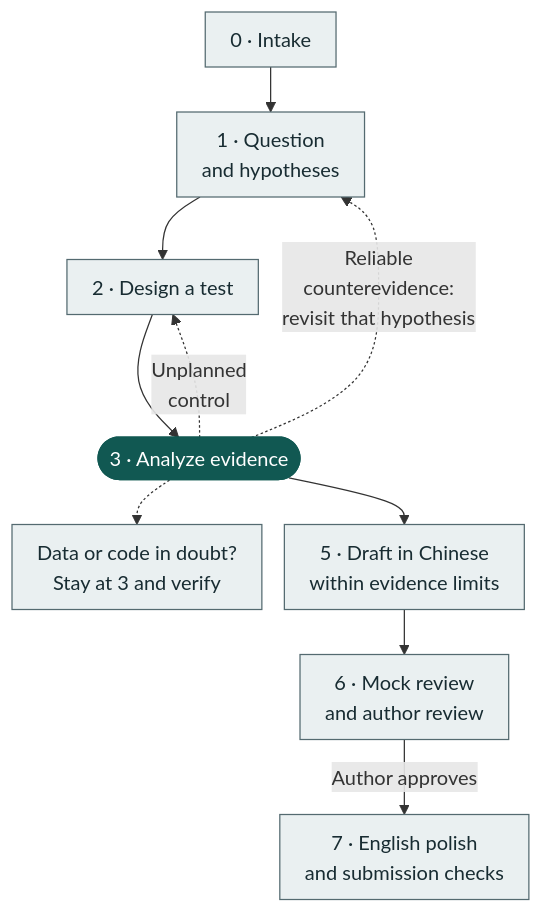
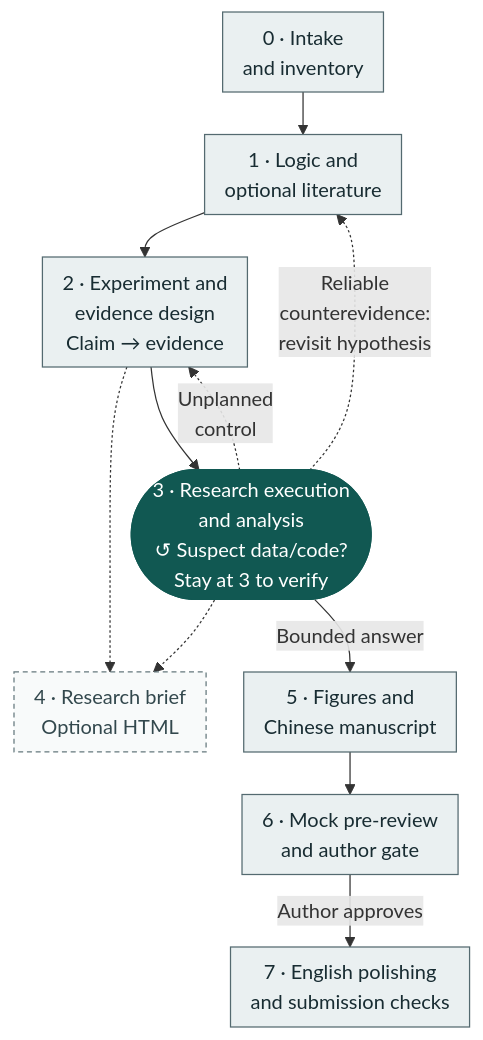
The diagram in 10-paper-build/README.en.md (jiaqi-Sun2020/codex-skill-hub), drawn with Mermaid before and after one commit. The commit also changed other lines of this file and 1 other file, not shown here.

Commit message:
docs: complete paper stage map and evidence planning

````diff
--- a/10-paper-build/README.en.md
+++ b/10-paper-build/README.en.md
@@ -13,33 +13,36 @@
 ```mermaid
 ---
 config:
   flowchart:
-    nodeSpacing: 18
-    rankSpacing: 36
-    padding: 10
+    nodeSpacing: 14
+    rankSpacing: 34
+    padding: 8
 ---
 flowchart TD
-    accTitle: From research question to author review
-    accDescr: Stay at 3 to verify suspect data or code. Return to 2 for an unplanned control; stay at 3 if the plan, budget and authorization already cover it. Reliable counterevidence reopens only the affected hypothesis at 1, then goes to 2 to design a discriminating test. Move to 5 with a bounded answer.
-    intake["0 · Intake"]
-    hypothesis["1 · Question<br/>and hypotheses"]
-    design["2 · Design a test"]
-    analysis(["3 · Analyze evidence"])
-    verify["Data or code in doubt?<br/>Stay at 3 and verify"]
-    draft["5 · Draft in Chinese<br/>within evidence limits"]
-    gate["6 · Mock review<br/>and author review"]
-    finish["7 · English polish<br/>and submission checks"]
-    intake --> hypothesis
-    hypothesis --> design
-    design --> analysis
-    analysis -.-> verify
-    analysis -.->|Unplanned<br/>control| design
-    analysis -.->|Reliable<br/>counterevidence:<br/>revisit that hypothesis| hypothesis
-    analysis --> draft
-    draft --> gate
-    gate -->|Author approves| finish
+    accTitle: Paper stages 0–7, from intake and evidence to an author-reviewed manuscript
+    accDescr: The main path is 0, 1, 2, 3, 5, 6, 7. Stage 4 is an optional research brief. At 3, verify suspect data or code in place. Return to 2 for an unplanned control, or to 1 for reliable counterevidence against a hypothesis, then to 2 to design a discriminating test. A control covered by the plan, budget and authorization stays at 3. English polishing follows author approval.
+    s0["0 · Intake<br/>and inventory"]
+    s1["1 · Logic and<br/>optional literature"]
+    s2["2 · Experiment and<br/>evidence design<br/>Claim → evidence"]
+    s3(["3 · Research execution<br/>and analysis<br/>↺ Suspect data/code?<br/>Stay at 3 to verify"])
+    s4["4 · Research brief<br/>Optional HTML"]
+    s5["5 · Figures and<br/>Chinese manuscript"]
+    s6["6 · Mock pre-review<br/>and author gate"]
+    s7["7 · English polishing<br/>and submission checks"]
+    s0 --> s1
+    s1 --> s2
+    s2 --> s3
+    s3 -.->|Unplanned<br/>control| s2
+    s3 -.->|Reliable<br/>counterevidence:<br/>revisit hypothesis| s1
+    s2 -.-> s4
+    s3 -.-> s4
+    s3 -->|Bounded answer| s5
+    s5 --> s6
+    s6 -->|Author approves| s7
     classDef stage fill:#EAF0F1,stroke:#546A70,color:#182C32
     classDef focus fill:#115852,stroke:#115852,color:#FFFFFF
-    class intake,hypothesis,design,verify,draft,gate,finish stage
-    class analysis focus
+    classDef optional fill:#F8FAFA,stroke:#65787D,color:#33484D,stroke-dasharray:4 3
+    class s0,s1,s2,s5,s6,s7 stage
+    class s3 focus
+    class s4 optional
 ```
````
